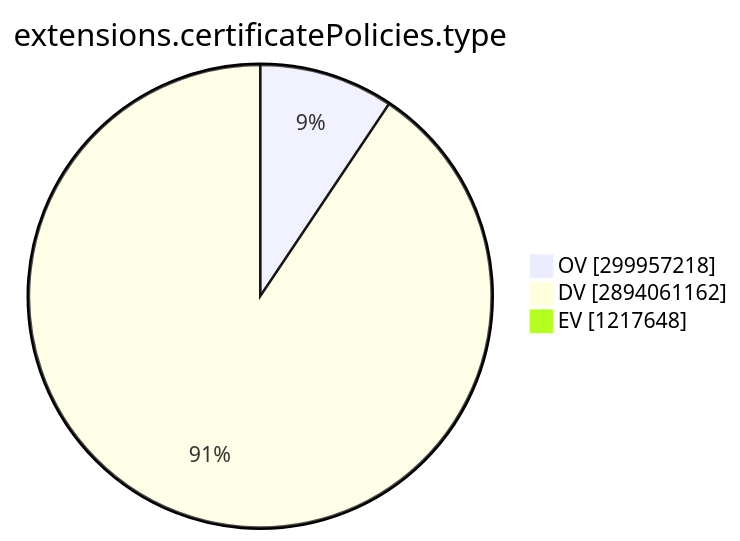
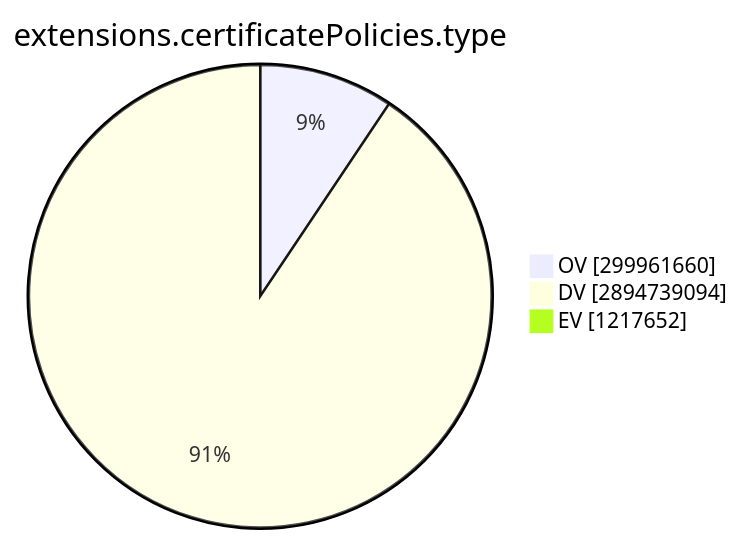
One commit to christiankrug/ctmonitor_visualization changed the ninth of 15 diagrams in TOTAL/README.md. Above: the diagram before and after it, drawn with Mermaid. The commit also changed other lines of this file, not shown here.

````diff
--- a/TOTAL/README.md
+++ b/TOTAL/README.md
@@ -3101,7 +3101,7 @@
 ```mermaid
 pie showData
 title extensions.certificatePolicies.type
-"OV" :299957218
-"DV" :2894061162
-"EV" :1217648
+"OV" :299961660
+"DV" :2894739094
+"EV" :1217652
 ```
````
